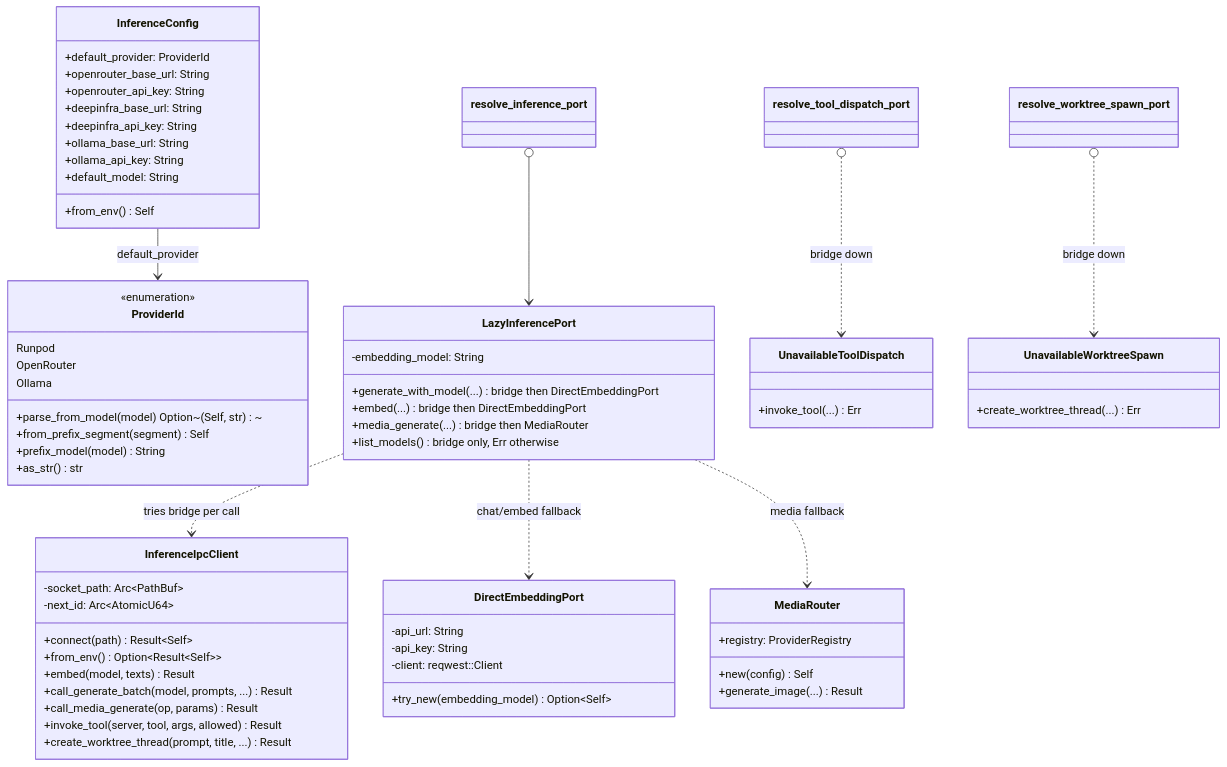
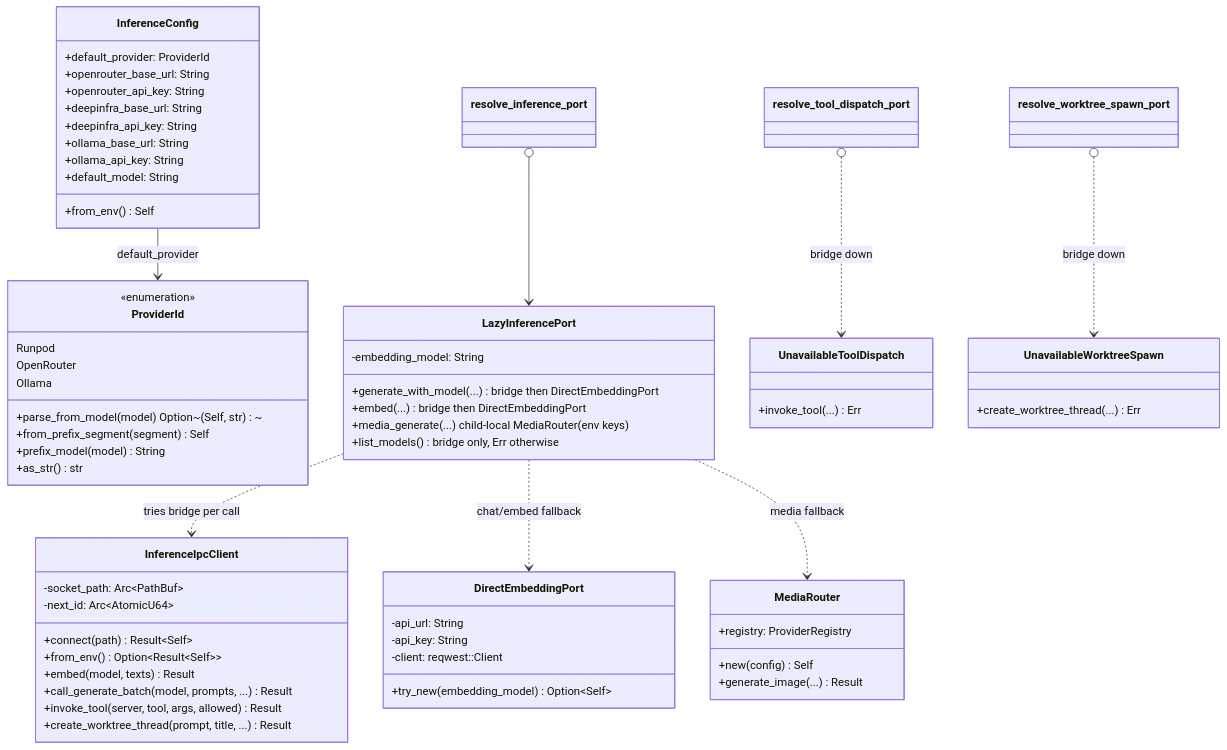
The diagram in kask/docs/diataxis/hkask-inference/reference.md (mdz-axo/zed-kask), drawn with Mermaid before and after one commit. The commit also changed other lines of this file and 19 other files, not shown here.

````diff
--- a/kask/docs/diataxis/hkask-inference/reference.md
+++ b/kask/docs/diataxis/hkask-inference/reference.md
@@ -145,67 +144,66 @@
 ```mermaid
 classDiagram
     class ProviderId {
         <<enumeration>>
         Runpod
         OpenRouter
         Ollama
         +parse_from_model(model) Option~(Self, str)~
         +from_prefix_segment(segment) Self
         +prefix_model(model) String
         +as_str() str
     }
     class InferenceConfig {
         +default_provider: ProviderId
         +openrouter_base_url: String
         +openrouter_api_key: String
         +deepinfra_base_url: String
         +deepinfra_api_key: String
         +ollama_base_url: String
         +ollama_api_key: String
         +default_model: String
         +from_env() Self
     }
     class InferenceIpcClient {
         -socket_path: Arc~PathBuf~
         -next_id: Arc~AtomicU64~
         +connect(path) Result~Self~
         +from_env() Option~Result~Self~~
         +embed(model, texts) Result
         +call_generate_batch(model, prompts, ...) Result
-        +call_media_generate(op, params) Result
         +invoke_tool(server, tool, args, allowed) Result
         +create_worktree_thread(prompt, title, ...) Result
     }
     class LazyInferencePort {
         -embedding_model: String
         +generate_with_model(...) bridge then DirectEmbeddingPort
         +embed(...) bridge then DirectEmbeddingPort
-        +media_generate(...) bridge then MediaRouter
+        +media_generate(...) child-local MediaRouter (env keys)
         +list_models() bridge only, Err otherwise
     }
     class DirectEmbeddingPort {
         -api_url: String
         -api_key: String
         -client: reqwest::Client
         +try_new(embedding_model) Option~Self~
     }
     class MediaRouter {
         +registry: ProviderRegistry
         +new(config) Self
         +generate_image(...) Result
     }
     class UnavailableToolDispatch {
         +invoke_tool(...) Err
     }
     class UnavailableWorktreeSpawn {
         +create_worktree_thread(...) Err
     }
 
     InferenceConfig --> ProviderId : default_provider
     LazyInferencePort ..> InferenceIpcClient : tries bridge per call
     LazyInferencePort ..> DirectEmbeddingPort : chat/embed fallback
     LazyInferencePort ..> MediaRouter : media fallback
     resolve_inference_port() --> LazyInferencePort
     resolve_tool_dispatch_port() ..> UnavailableToolDispatch : bridge down
     resolve_worktree_spawn_port() ..> UnavailableWorktreeSpawn : bridge down
 ```
````
